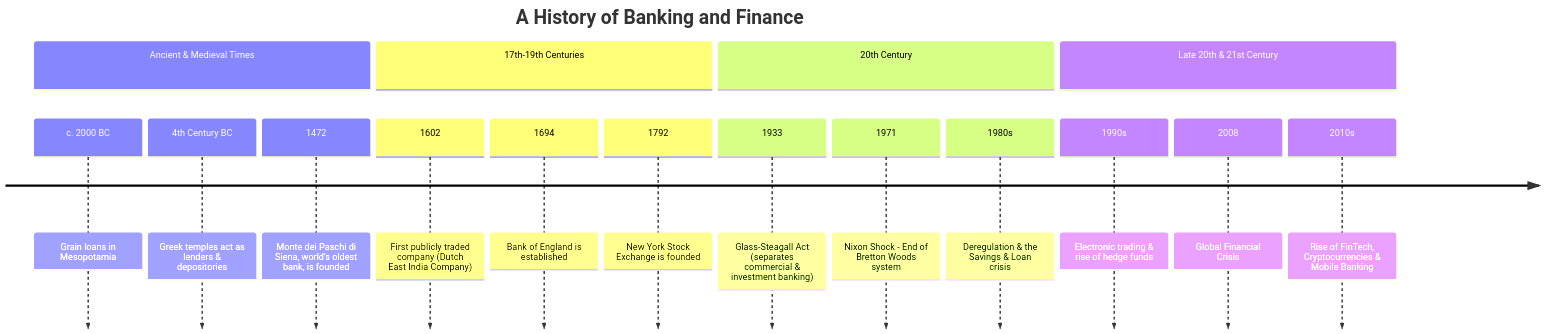
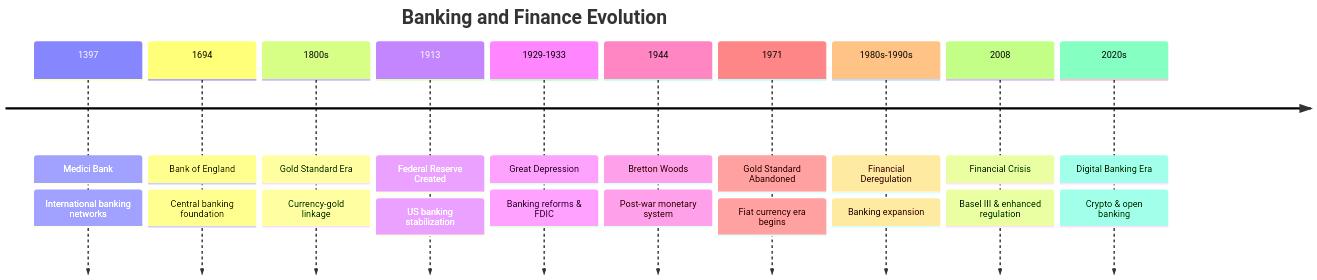
Before and after one commit to elidepb/mermaid_corpus: the diagram in timeline/Business and Administration/markdowns/271_banking_and_finance.md, drawn with Mermaid. The commit also changed 3129 other files, not shown here.

````diff
--- a/timeline/Business and Administration/markdowns/271_banking_and_finance.md
+++ b/timeline/Business and Administration/markdowns/271_banking_and_finance.md
@@ -1,20 +1,24 @@
 ```mermaid
 timeline
-    title A History of Banking and Finance
-    section Ancient & Medieval Times
-        c. 2000 BC : Grain loans in Mesopotamia
-        4th Century BC : Greek temples act as lenders & depositories
-        1472 : Monte dei Paschi di Siena, world's oldest bank, is founded
-    section 17th-19th Centuries
-        1602 : First publicly traded company (Dutch East India Company)
-        1694 : Bank of England is established
-        1792 : New York Stock Exchange is founded
-    section 20th Century
-        1933 : Glass-Steagall Act (separates commercial & investment banking)
-        1971 : Nixon Shock - End of Bretton Woods system
-        1980s : Deregulation & the Savings & Loan crisis
-    section Late 20th & 21st Century
-        1990s : Electronic trading & rise of hedge funds
-        2008 : Global Financial Crisis
-        2010s : Rise of FinTech, Cryptocurrencies & Mobile Banking
+    title Banking and Finance Evolution
+    1397 : Medici Bank
+         : International banking networks
+    1694 : Bank of England
+         : Central banking foundation
+    1800s : Gold Standard Era
+          : Currency-gold linkage
+    1913 : Federal Reserve Created
+         : US banking stabilization
+    1929-1933 : Great Depression
+              : Banking reforms & FDIC
+    1944 : Bretton Woods
+         : Post-war monetary system
+    1971 : Gold Standard Abandoned
+         : Fiat currency era begins
+    1980s-1990s : Financial Deregulation
+                : Banking expansion
+    2008 : Financial Crisis
+         : Basel III & enhanced regulation
+    2020s : Digital Banking Era
+          : Crypto & open banking
 ```
````
